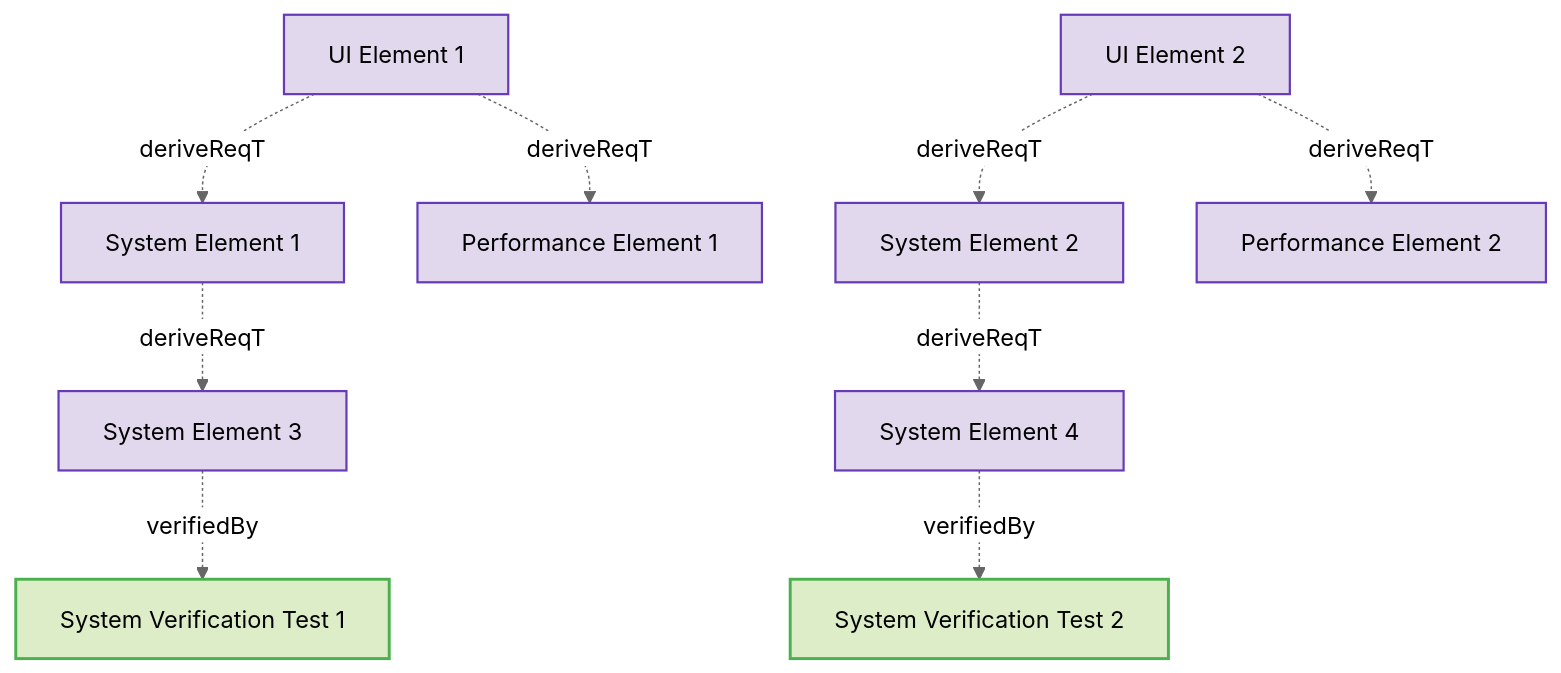
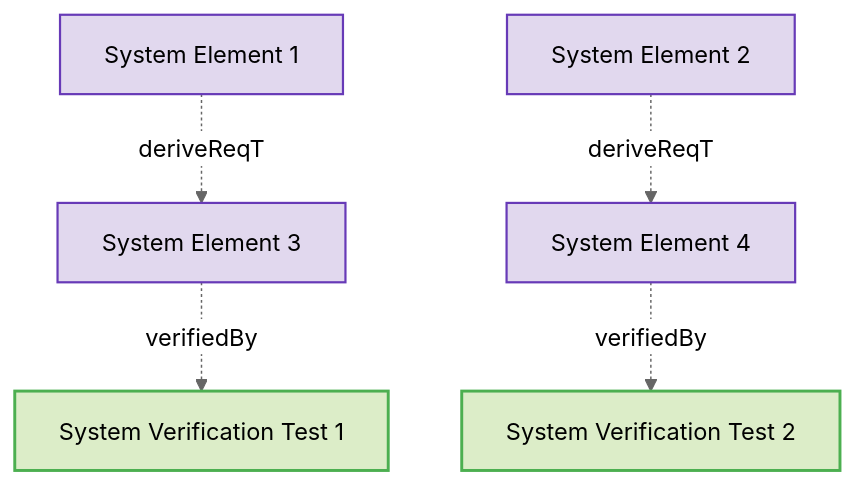
The diagram in tests/test-diagram-generation/expected/SystemRequirements.md (reqvire-org/reqvire), drawn with Mermaid (neutral theme) before and after one commit. The commit also changed 6 other files, not shown here.

First line of the commit message:
Change diagram hierarchy: start from local parents, include all children

````diff
--- a/tests/test-diagram-generation/expected/SystemRequirements.md
+++ b/tests/test-diagram-generation/expected/SystemRequirements.md
@@ -3,48 +3,32 @@
 ```mermaid
 graph TD;
   %% REQVIRE-AUTOGENERATED-DIAGRAM
   %% Graph styling
   classDef userRequirement fill:#D1C4E9,stroke:#7E57C2,stroke-width:2px;
   classDef systemRequirement fill:#E1D8EE,stroke:#673AB7,stroke-width:1.5px;
   classDef verification fill:#DCEDC8,stroke:#4CAF50,stroke-width:2px;
   classDef default fill:#F5F5F5,stroke:#424242,stroke-width:1.5px;
 
   7f2b10e005eeec75["System Element 1"];
   class 7f2b10e005eeec75 systemRequirement;
   click 7f2b10e005eeec75 "SystemRequirements.md#system-element-1";
   2224944e5433019f["System Element 3"];
   class 2224944e5433019f systemRequirement;
   click 2224944e5433019f "SystemRequirements.md#system-element-3";
   7f2b10e005eeec75 -.->|deriveReqT| 2224944e5433019f;
   d0a7d2972d10f70a["System Element 2"];
   class d0a7d2972d10f70a systemRequirement;
   click d0a7d2972d10f70a "SystemRequirements.md#system-element-2";
   73a156057b550c34["System Element 4"];
   class 73a156057b550c34 systemRequirement;
   click 73a156057b550c34 "SystemRequirements.md#system-element-4";
   d0a7d2972d10f70a -.->|deriveReqT| 73a156057b550c34;
   73e63ed391cfc4bf["System Verification Test 1"];
   class 73e63ed391cfc4bf verification;
   click 73e63ed391cfc4bf "VerificationTests.md#system-verification-test-1";
   2224944e5433019f -.->|verifiedBy| 73e63ed391cfc4bf;
   f0a7f5fab3da59bf["System Verification Test 2"];
   class f0a7f5fab3da59bf verification;
   click f0a7f5fab3da59bf "VerificationTests.md#system-verification-test-2";
   73a156057b550c34 -.->|verifiedBy| f0a7f5fab3da59bf;
-  d9cb537853e8286f["UI Element 1"];
-  class d9cb537853e8286f systemRequirement;
-  click d9cb537853e8286f "UserRequirements.md#ui-element-1";
-  d9cb537853e8286f -.->|deriveReqT| 7f2b10e005eeec75;
-  f4c9118eafeb9203["Performance Element 1"];
-  class f4c9118eafeb9203 systemRequirement;
-  click f4c9118eafeb9203 "UserRequirements.md#performance-element-1";
-  d9cb537853e8286f -.->|deriveReqT| f4c9118eafeb9203;
-  e5550e52de8208b0["UI Element 2"];
-  class e5550e52de8208b0 systemRequirement;
-  click e5550e52de8208b0 "UserRequirements.md#ui-element-2";
-  e5550e52de8208b0 -.->|deriveReqT| d0a7d2972d10f70a;
-  b3c9118eafeb9203["Performance Element 2"];
-  class b3c9118eafeb9203 systemRequirement;
-  click b3c9118eafeb9203 "UserRequirements.md#performance-element-2";
-  e5550e52de8208b0 -.->|deriveReqT| b3c9118eafeb9203;
 ```
````
